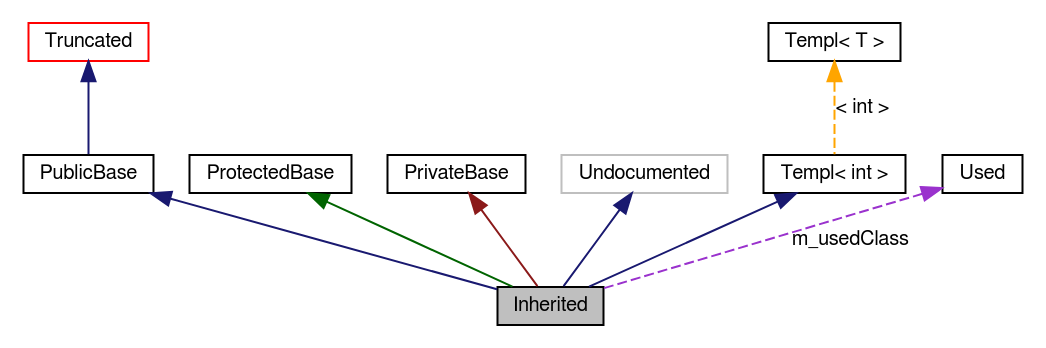
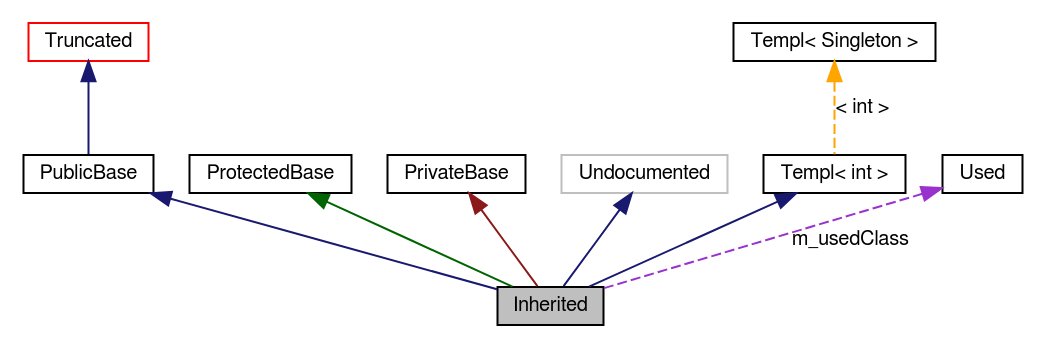
One commit to IndieLightAndMagic/martin-the-martian changed the diagram in docs/org.libsdl.sdl20.docset/Contents/Resources/Documents/graph_legend.dot. Above: the diagram before and after it, drawn with Graphviz. The commit also changed 23 other files, not shown here.

```diff
--- a/docs/org.libsdl.sdl20.docset/Contents/Resources/Documents/graph_legend.dot
+++ b/docs/org.libsdl.sdl20.docset/Contents/Resources/Documents/graph_legend.dot
@@ -1,22 +1,22 @@
 digraph "Graph Legend"
 {
   edge [fontname="FreeSans",fontsize="10",labelfontname="FreeSans",labelfontsize="10"];
   node [fontname="FreeSans",fontsize="10",shape=record];
   Node9 [shape="box",label="Inherited",fontsize="10",height=0.2,width=0.4,fontname="FreeSans",fillcolor="grey75",style="filled" fontcolor="black"];
   Node10 -> Node9 [dir="back",color="midnightblue",fontsize="10",style="solid",fontname="FreeSans"];
   Node10 [shape="box",label="PublicBase",fontsize="10",height=0.2,width=0.4,fontname="FreeSans",color="black",URL="$classPublicBase.html"];
   Node11 -> Node10 [dir="back",color="midnightblue",fontsize="10",style="solid",fontname="FreeSans"];
   Node11 [shape="box",label="Truncated",fontsize="10",height=0.2,width=0.4,fontname="FreeSans",color="red",URL="$classTruncated.html"];
   Node13 -> Node9 [dir="back",color="darkgreen",fontsize="10",style="solid",fontname="FreeSans"];
   Node13 [shape="box",label="ProtectedBase",fontsize="10",height=0.2,width=0.4,fontname="FreeSans",color="black",URL="$classProtectedBase.html"];
   Node14 -> Node9 [dir="back",color="firebrick4",fontsize="10",style="solid",fontname="FreeSans"];
   Node14 [shape="box",label="PrivateBase",fontsize="10",height=0.2,width=0.4,fontname="FreeSans",color="black",URL="$classPrivateBase.html"];
   Node15 -> Node9 [dir="back",color="midnightblue",fontsize="10",style="solid",fontname="FreeSans"];
   Node15 [shape="box",label="Undocumented",fontsize="10",height=0.2,width=0.4,fontname="FreeSans",color="grey75"];
   Node16 -> Node9 [dir="back",color="midnightblue",fontsize="10",style="solid",fontname="FreeSans"];
   Node16 [shape="box",label="Templ< int >",fontsize="10",height=0.2,width=0.4,fontname="FreeSans",color="black",URL="$classTempl.html"];
   Node17 -> Node16 [dir="back",color="orange",fontsize="10",style="dashed",label="< int >",fontname="FreeSans"];
-  Node17 [shape="box",label="Templ< T >",fontsize="10",height=0.2,width=0.4,fontname="FreeSans",color="black",URL="$classTempl.html"];
+  Node17 [shape="box",label="Templ< Singleton >",fontsize="10",height=0.2,width=0.4,fontname="FreeSans",color="black",URL="$classTempl.html"];
   Node18 -> Node9 [dir="back",color="darkorchid3",fontsize="10",style="dashed",label="m_usedClass",fontname="FreeSans"];
   Node18 [shape="box",label="Used",fontsize="10",height=0.2,width=0.4,fontname="FreeSans",color="black",URL="$classUsed.html"];
 }
```
